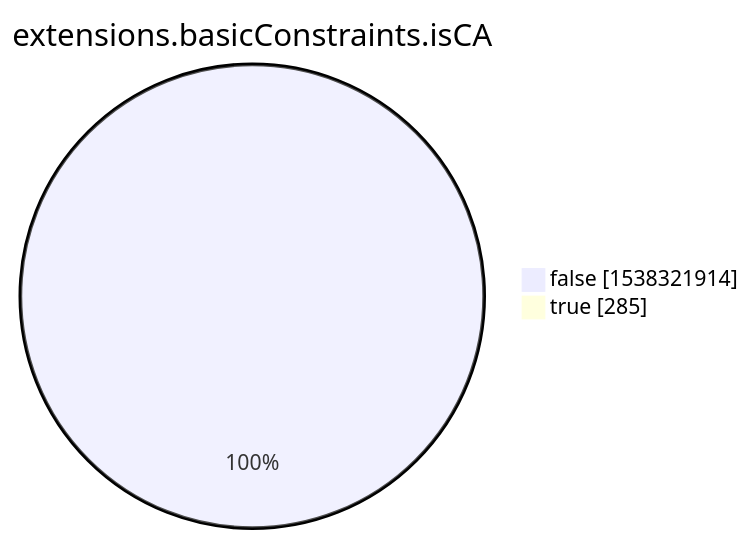
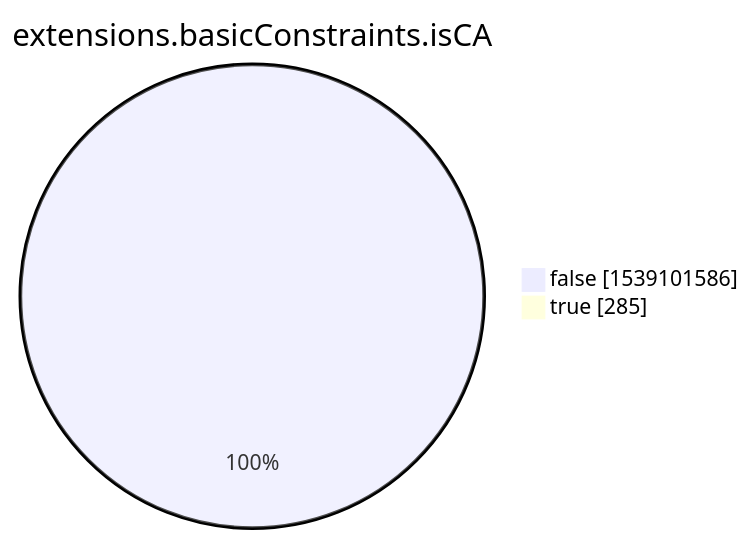
Before and after one commit to christiankrug/ctmonitor_visualization: the eighth of 15 diagrams in xenon2022/README.md, drawn with Mermaid. The commit also changed other lines of this file, not shown here.

````diff
--- a/xenon2022/README.md
+++ b/xenon2022/README.md
@@ -2857,6 +2857,6 @@
 ```mermaid
 pie showData
 title extensions.basicConstraints.isCA
-"false" :1538321914
+"false" :1539101586
 "true" :285
 ```
````
